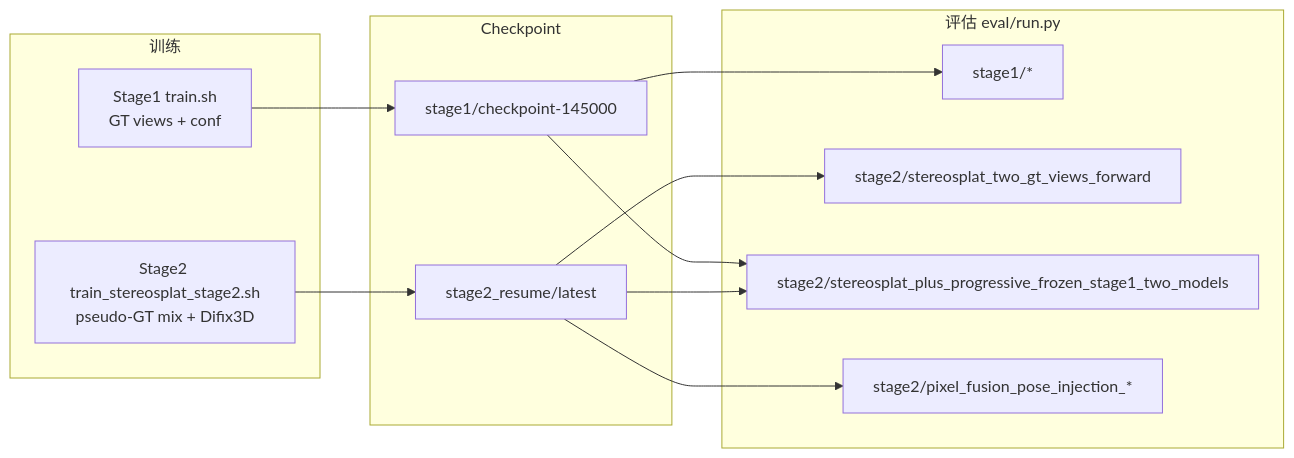
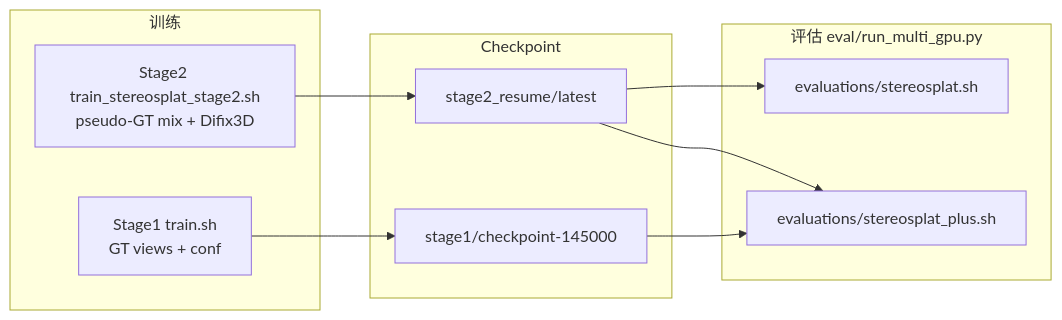
Before and after one commit to Magicboomliu/StereoSplat_Plus: the second of 2 diagrams in stereosplat_conf/eval/README.md, drawn with Mermaid. The commit also changed other lines of this file and 1 other file, not shown here.

First line of the commit message:
Align eval docs with pixel_fusion as the paper StereoSplat+ method.

````diff
--- a/stereosplat_conf/eval/README.md
+++ b/stereosplat_conf/eval/README.md
@@ -336,27 +292,23 @@
 ```mermaid
 flowchart LR
     subgraph train ["训练"]
         T1["Stage1 train.sh\nGT views + conf"]
         T2["Stage2 train_stereosplat_stage2.sh\npseudo-GT mix + Difix3D"]
     end
 
     subgraph ckpt ["Checkpoint"]
         C1["stage1/checkpoint-145000"]
         C2["stage2_resume/latest"]
     end
 
-    subgraph eval ["评估 eval/run.py"]
-        E1["stage1/*"]
-        E2s["stage2/stereosplat_two_gt_views_forward"]
-        E2p["stage2/stereosplat_plus_progressive_frozen_stage1_two_models"]
-        E2f["stage2/pixel_fusion_pose_injection_*"]
+    subgraph eval ["评估 eval/run_multi_gpu.py"]
+        Ebase["evaluations/stereosplat.sh"]
+        Eplus["evaluations/stereosplat_plus.sh"]
     end
 
     T1 --> C1
     T2 --> C2
-    C1 --> E1
-    C1 --> E2p
-    C2 --> E2s
-    C2 --> E2p
-    C2 --> E2f
+    C2 --> Ebase
+    C2 --> Eplus
+    C1 --> Eplus
 ```
````
